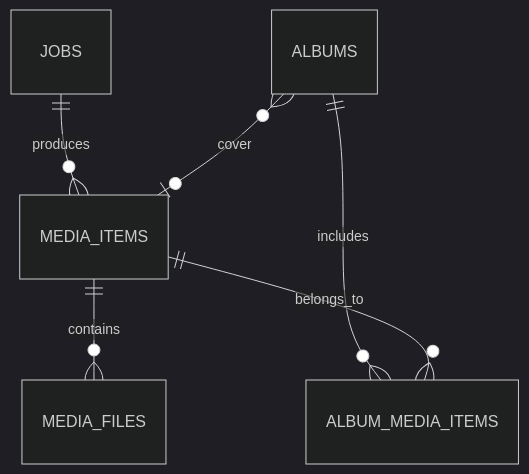
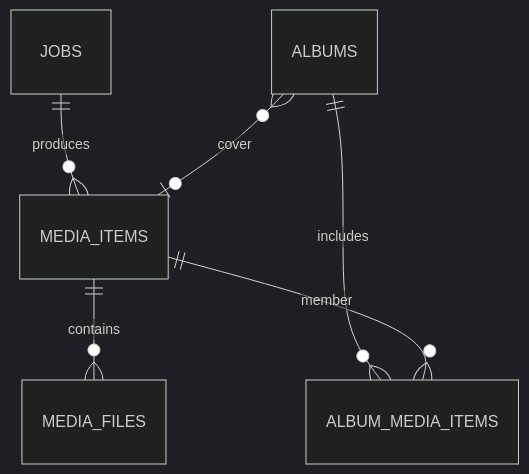
The diagram in docs/01-requirements/ERD.md (ekolancer/SocDownload), drawn with Mermaid (dark theme) before and after one commit. The commit also changed other lines of this file and 19 other files, not shown here.

````diff
--- a/docs/01-requirements/ERD.md
+++ b/docs/01-requirements/ERD.md
@@ -15,8 +11,8 @@
 ```mermaid
 erDiagram
  JOBS ||--o{ MEDIA_ITEMS : produces
  MEDIA_ITEMS ||--o{ MEDIA_FILES : contains
  ALBUMS ||--o{ ALBUM_MEDIA_ITEMS : includes
- MEDIA_ITEMS ||--o{ ALBUM_MEDIA_ITEMS : belongs_to
+ MEDIA_ITEMS ||--o{ ALBUM_MEDIA_ITEMS : member
  ALBUMS }o--o| MEDIA_ITEMS : cover
 ```
````
